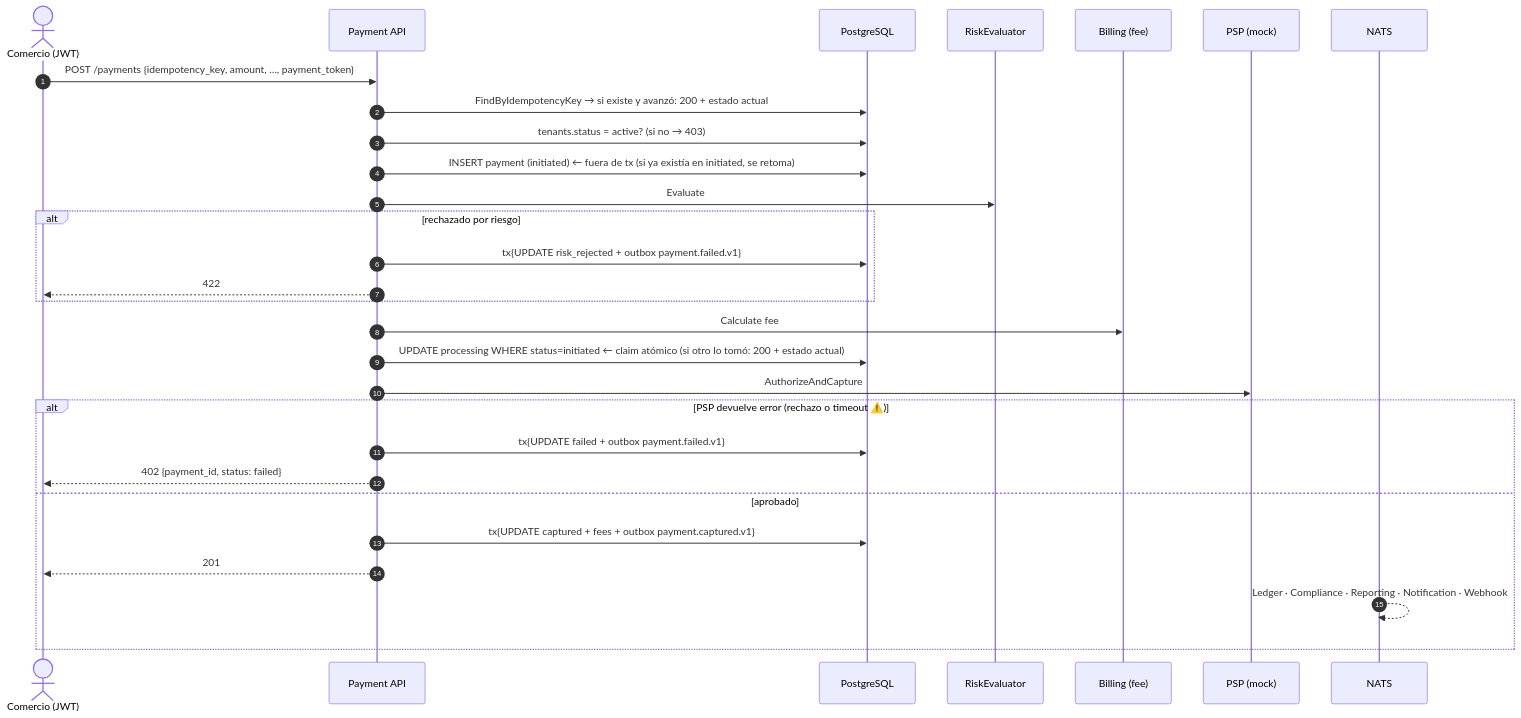
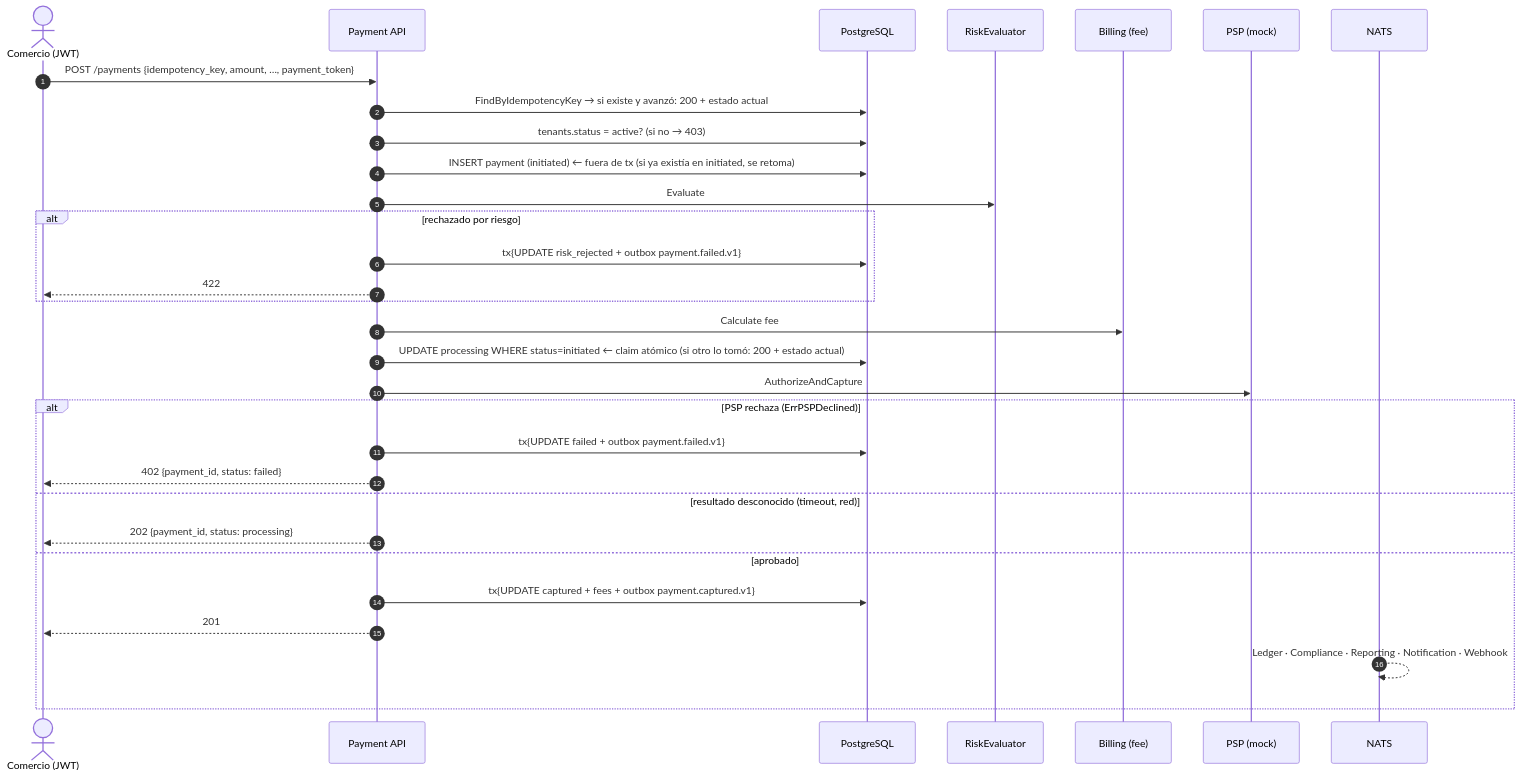
The first of 2 diagrams in docs/technical/PAYMENT.md (juantevez/cobros-platform), drawn with Mermaid before and after one commit. The commit also changed other lines of this file and 8 other files, not shown here.

First line of the commit message:
payment: un resultado desconocido del PSP deja el pago en processing

````diff
--- a/docs/technical/PAYMENT.md
+++ b/docs/technical/PAYMENT.md
@@ -59,32 +59,34 @@
 ```mermaid
 sequenceDiagram
     autonumber
     actor C as Comercio (JWT)
     participant P as Payment API
     participant DB as PostgreSQL
     participant R as RiskEvaluator
     participant B as Billing (fee)
     participant PSP as PSP (mock)
     participant N as NATS
 
     C->>P: POST /payments {idempotency_key, amount, …, payment_token}
     P->>DB: FindByIdempotencyKey → si existe y avanzó: 200 + estado actual
     P->>DB: tenants.status = active? (si no → 403)
     P->>DB: INSERT payment (initiated)           ← fuera de tx (si ya existía en initiated, se retoma)
     P->>R: Evaluate
     alt rechazado por riesgo
         P->>DB: tx{UPDATE risk_rejected + outbox payment.failed.v1}
         P-->>C: 422
     end
     P->>B: Calculate fee
     P->>DB: UPDATE processing WHERE status=initiated   ← claim atómico (si otro lo tomó: 200 + estado actual)
     P->>PSP: AuthorizeAndCapture
-    alt PSP devuelve error (rechazo o timeout ⚠️)
+    alt PSP rechaza (ErrPSPDeclined)
         P->>DB: tx{UPDATE failed + outbox payment.failed.v1}
         P-->>C: 402 {payment_id, status: failed}
+    else resultado desconocido (timeout, red)
+        P-->>C: 202 {payment_id, status: processing}
     else aprobado
         P->>DB: tx{UPDATE captured + fees + outbox payment.captured.v1}
         P-->>C: 201
         N-->>N: Ledger · Compliance · Reporting · Notification · Webhook
     end
 ```
````
